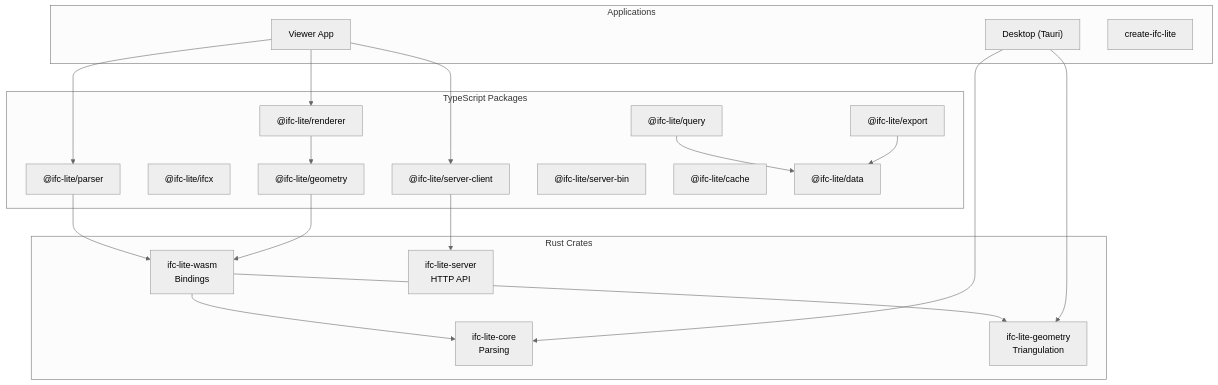
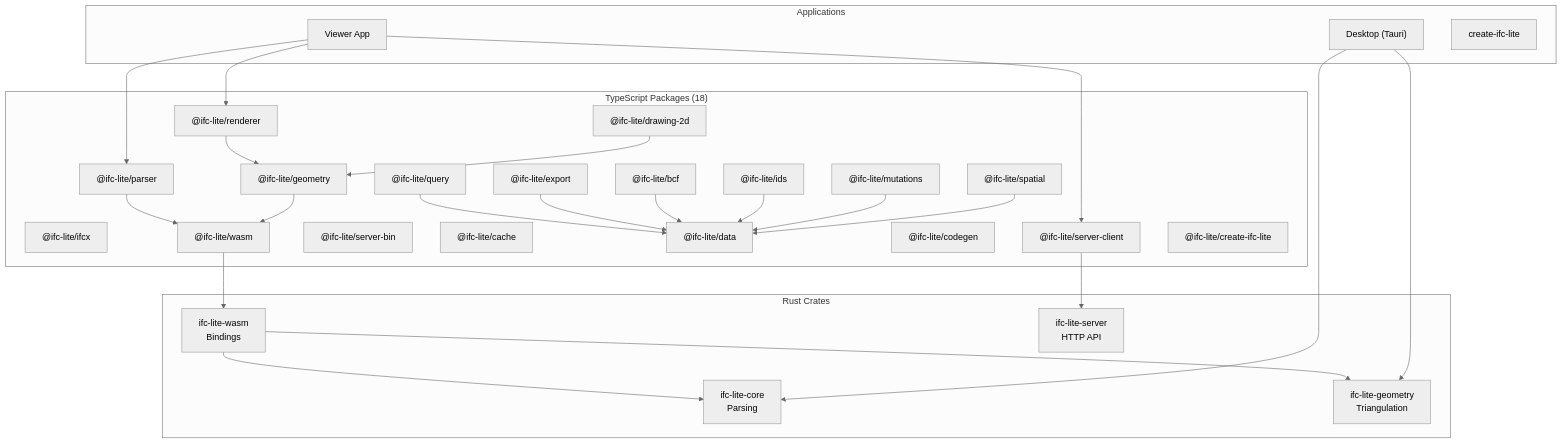
Before and after one commit to louistrue/ifc-lite: the seventh of 18 diagrams in docs/architecture/overview.md, drawn with Mermaid (neutral theme). The commit also changed other lines of this file and 33 other files, not shown here.

````diff
--- a/docs/architecture/overview.md
+++ b/docs/architecture/overview.md
@@ -186,42 +198,56 @@
 ```mermaid
 graph TB
     subgraph Rust["Rust Crates"]
         Core["ifc-lite-core<br/>Parsing"]
         Geo["ifc-lite-geometry<br/>Triangulation"]
         Wasm["ifc-lite-wasm<br/>Bindings"]
         Server["ifc-lite-server<br/>HTTP API"]
     end
 
-    subgraph TS["TypeScript Packages"]
+    subgraph TS["TypeScript Packages (18)"]
         Parser["@ifc-lite/parser"]
         IFCX["@ifc-lite/ifcx"]
         Geometry["@ifc-lite/geometry"]
         Renderer["@ifc-lite/renderer"]
         ServerClient["@ifc-lite/server-client"]
         ServerBin["@ifc-lite/server-bin"]
         Cache["@ifc-lite/cache"]
         Query["@ifc-lite/query"]
         Data["@ifc-lite/data"]
         Export["@ifc-lite/export"]
+        BCF["@ifc-lite/bcf"]
+        IDS["@ifc-lite/ids"]
+        Drawing2D["@ifc-lite/drawing-2d"]
+        Mutations["@ifc-lite/mutations"]
+        Spatial["@ifc-lite/spatial"]
+        Codegen["@ifc-lite/codegen"]
+        WasmTS["@ifc-lite/wasm"]
+        CreateCLI["@ifc-lite/create-ifc-lite"]
     end
 
     subgraph Apps["Applications"]
         Viewer["Viewer App"]
         Desktop["Desktop (Tauri)"]
         CLI["create-ifc-lite"]
     end
 
     Wasm --> Core
     Wasm --> Geo
-    Parser --> Wasm
-    Geometry --> Wasm
+    Parser --> WasmTS
+    WasmTS --> Wasm
+    Geometry --> WasmTS
     Renderer --> Geometry
     ServerClient --> Server
     Query --> Data
     Export --> Data
+    BCF --> Data
+    IDS --> Data
+    Drawing2D --> Geometry
+    Mutations --> Data
+    Spatial --> Data
     Viewer --> Parser
     Viewer --> Renderer
     Viewer --> ServerClient
     Desktop --> Core
     Desktop --> Geo
 ```
````
